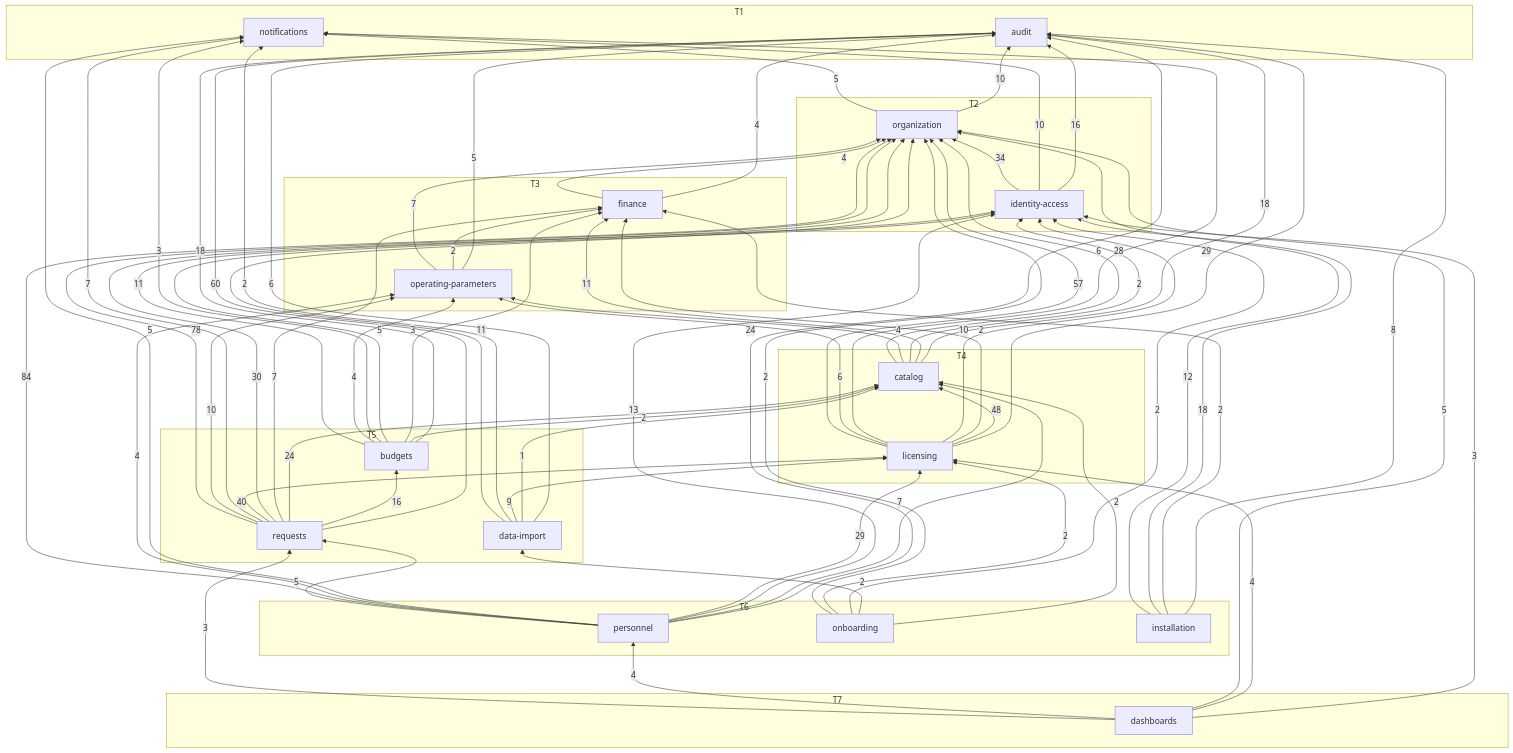
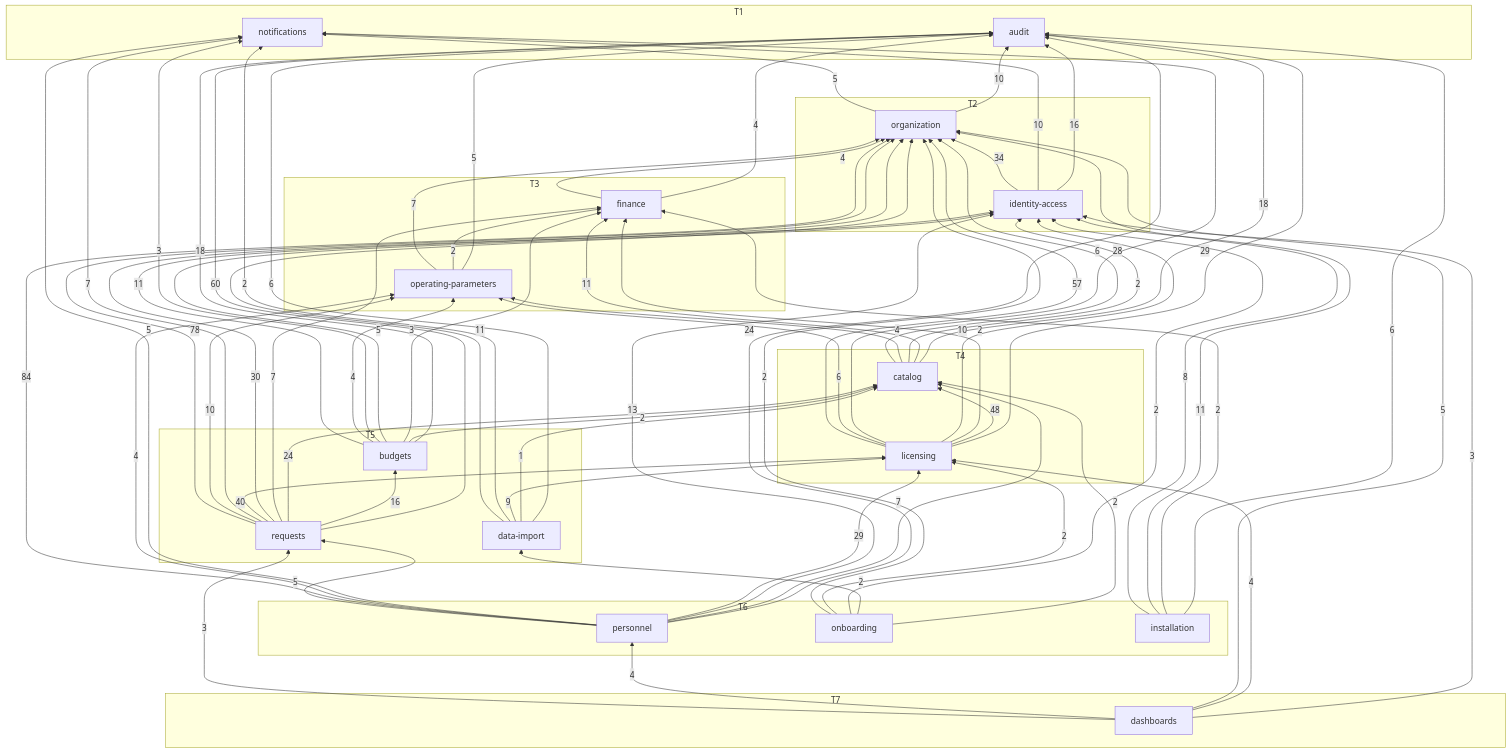
Before and after one commit to SEP490-FALL2026/BE-dev: the diagram in docs/generated/module-graph.md, drawn with Mermaid. The commit also changed 10 other files, not shown here.

```diff
--- a/docs/generated/module-graph.md
+++ b/docs/generated/module-graph.md
@@ -61,10 +61,10 @@
   identity_access -->|16| audit
   identity_access -->|10| notifications
   identity_access -->|34| organization
-  installation -->|8| audit
+  installation -->|6| audit
   installation -->|2| finance
-  installation -->|18| identity_access
-  installation -->|12| organization
+  installation -->|11| identity_access
+  installation -->|8| organization
   licensing -->|29| audit
   licensing -->|48| catalog
   licensing -->|2| finance
```
